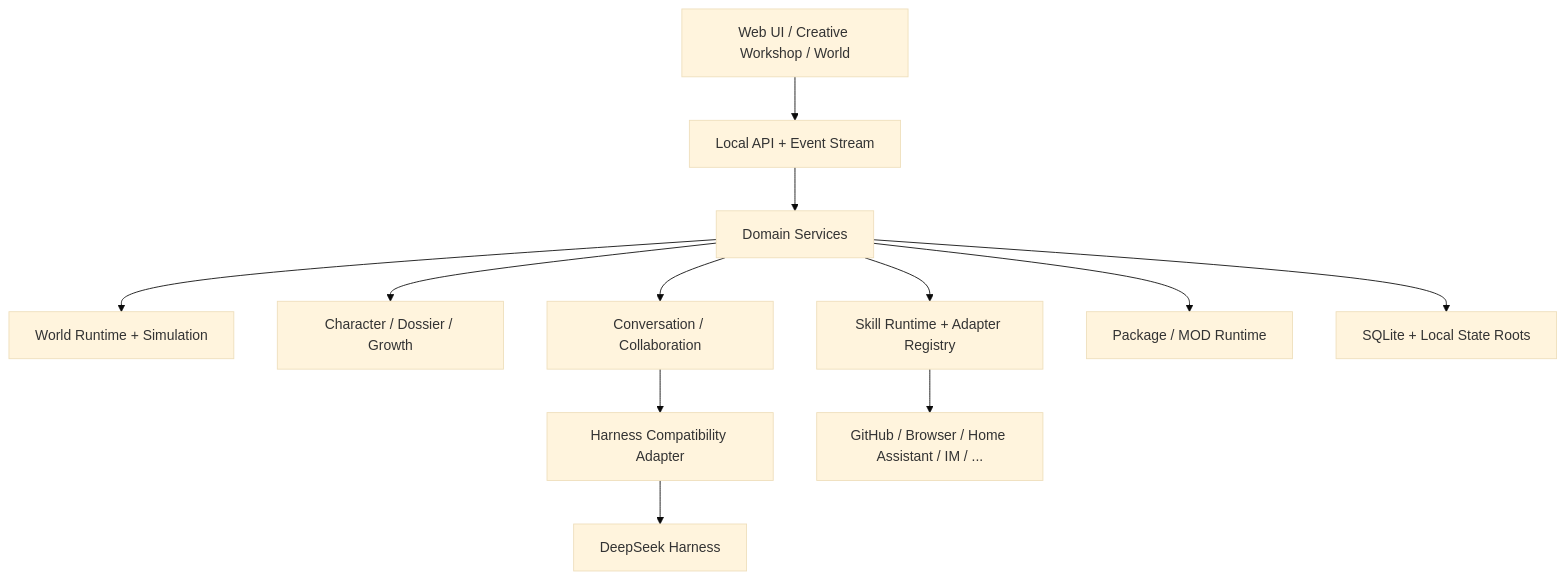
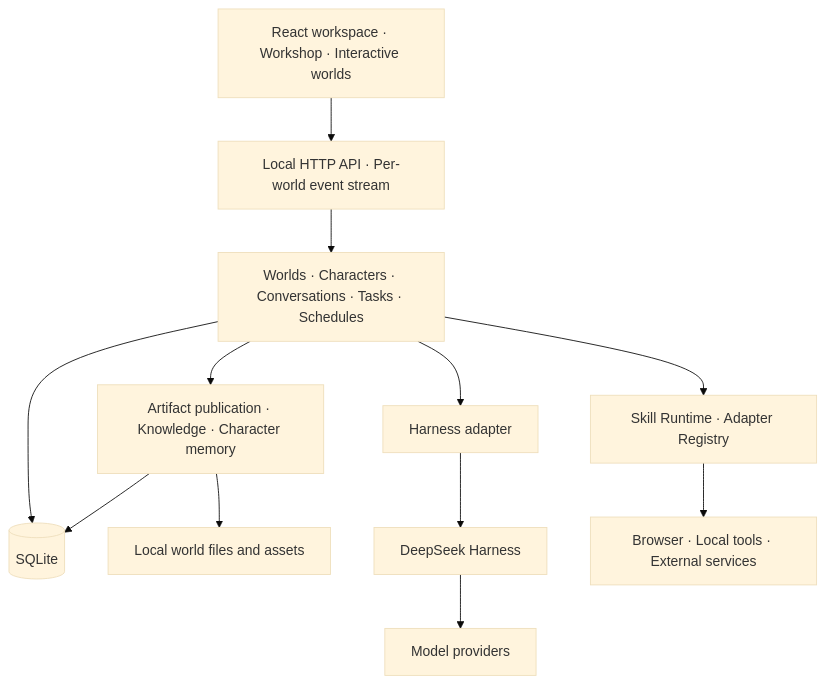
The diagram in README_EN.md (cyber-ai-agent/dsh-cyber), drawn with Mermaid (base theme) before and after one commit. The commit also changed other lines of this file and 77 other files, not shown here.

Commit message:
fix-dsh-rc1-and-workspace-reliability (#160)

````diff
--- a/README_EN.md
+++ b/README_EN.md
@@ -228,25 +66,21 @@
 ```mermaid
 flowchart TB
-    UI[Web UI / Creative Workshop / World]
-    API[Local API + Event Stream]
-    DOMAIN[Domain Services]
-    WORLD[World Runtime + Simulation]
-    CHAR[Character / Dossier / Growth]
-    CONV[Conversation / Collaboration]
-    SKILL[Skill Runtime + Adapter Registry]
-    PKG[Package / MOD Runtime]
-    STORE[SQLite + Local State Roots]
-    HARNESS[Harness Compatibility Adapter]
-    DSH[DeepSeek Harness]
-    REAL[GitHub / Browser / Home Assistant / IM / ...]
-
-    UI --> API --> DOMAIN
-    DOMAIN --> WORLD
-    DOMAIN --> CHAR
-    DOMAIN --> CONV
-    DOMAIN --> SKILL
-    DOMAIN --> PKG
-    DOMAIN --> STORE
-    CONV --> HARNESS --> DSH
-    SKILL --> REAL
+  UI["React workspace · Workshop · Interactive worlds"]
+  API["Local HTTP API · Per-world event stream"]
+  DOMAIN["Worlds · Characters · Conversations · Tasks · Schedules"]
+  RESULTS["Artifact publication · Knowledge · Character memory"]
+  DB[("SQLite")]
+  FILES["Local world files and assets"]
+  ADAPTER["Harness adapter"]
+  DSH["DeepSeek Harness"]
+  MODEL["Model providers"]
+  SKILLS["Skill Runtime · Adapter Registry"]
+  TOOLS["Browser · Local tools · External services"]
+  UI --> API --> DOMAIN
+  DOMAIN --> RESULTS
+  DOMAIN --> DB
+  RESULTS --> DB
+  RESULTS --> FILES
+  DOMAIN --> ADAPTER --> DSH --> MODEL
+  DOMAIN --> SKILLS --> TOOLS
 ```
````
